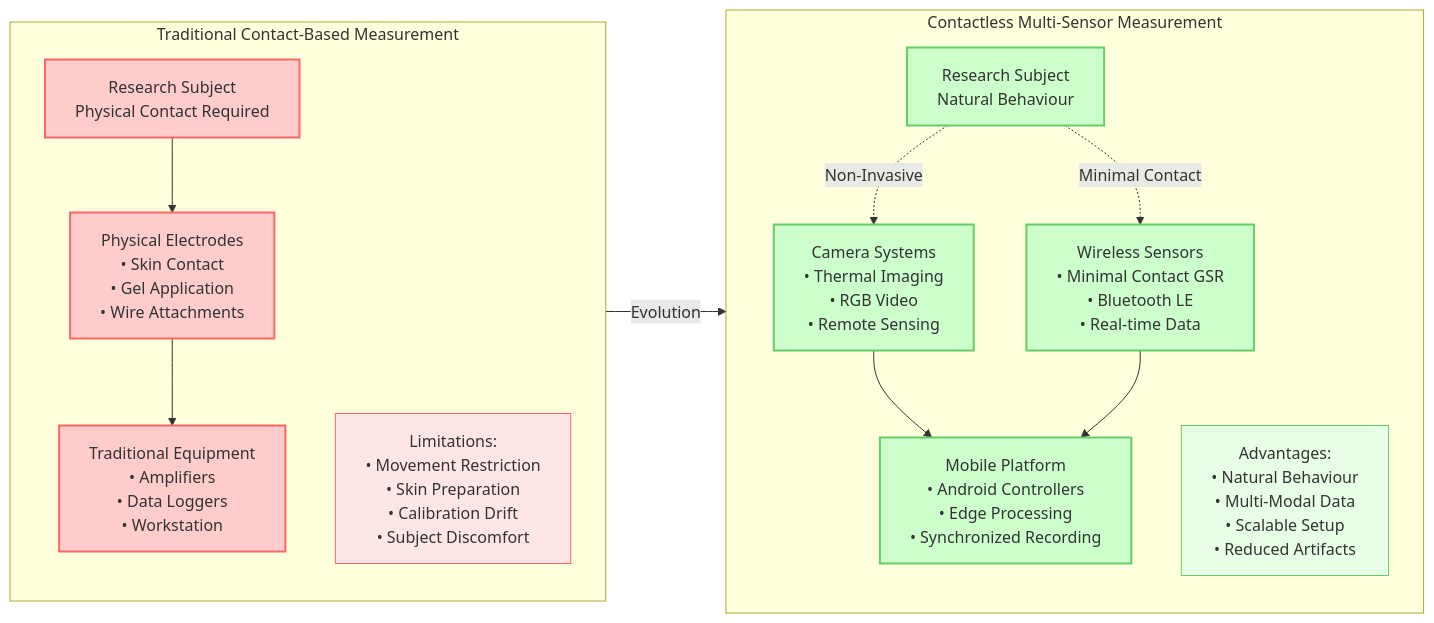
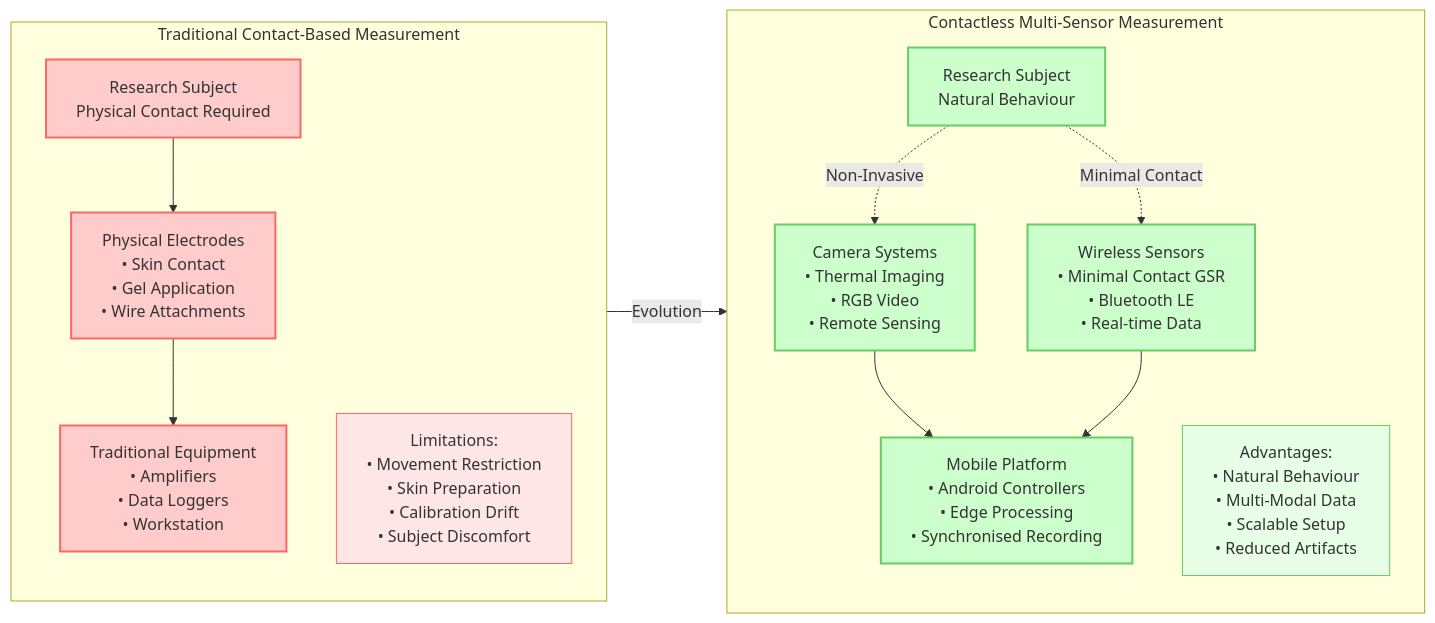
One commit to buccancs/fyp-multi-sensor-recording-system changed the first of 19 diagrams in docs/diagrams/missing_diagrams_generated.md. Above: the diagram before and after it, drawn with Mermaid. The commit also changed other lines of this file and 46 other files, not shown here.

````diff
--- a/docs/diagrams/missing_diagrams_generated.md
+++ b/docs/diagrams/missing_diagrams_generated.md
@@ -9,41 +9,41 @@
 ```mermaid
 graph LR
     subgraph TRADITIONAL ["Traditional Contact-Based Measurement"]
         direction TB
         TRAD_SUBJECT["Research Subject<br/>Physical Contact Required"]
         TRAD_ELECTRODES["Physical Electrodes<br/>• Skin Contact<br/>• Gel Application<br/>• Wire Attachments"]
         TRAD_EQUIPMENT["Traditional Equipment<br/>• Amplifiers<br/>• Data Loggers<br/>• Workstation"]
         
         TRAD_SUBJECT --> TRAD_ELECTRODES
         TRAD_ELECTRODES --> TRAD_EQUIPMENT
         
         TRAD_LIMITATIONS["Limitations:<br/>• Movement Restriction<br/>• Skin Preparation<br/>• Calibration Drift<br/>• Subject Discomfort"]
     end
     
     subgraph CONTACTLESS ["Contactless Multi-Sensor Measurement"]
         direction TB
         CONT_SUBJECT["Research Subject<br/>Natural Behaviour"]
         CONT_CAMERAS["Camera Systems<br/>• Thermal Imaging<br/>• RGB Video<br/>• Remote Sensing"]
         CONT_WIRELESS["Wireless Sensors<br/>• Minimal Contact GSR<br/>• Bluetooth LE<br/>• Real-time Data"]
-        CONT_MOBILE["Mobile Platform<br/>• Android Controllers<br/>• Edge Processing<br/>• Synchronized Recording"]
+        CONT_MOBILE["Mobile Platform<br/>• Android Controllers<br/>• Edge Processing<br/>• Synchronised Recording"]
         
         CONT_SUBJECT -.->|Non-Invasive| CONT_CAMERAS
         CONT_SUBJECT -.->|Minimal Contact| CONT_WIRELESS
         CONT_CAMERAS --> CONT_MOBILE
         CONT_WIRELESS --> CONT_MOBILE
         
         CONT_ADVANTAGES["Advantages:<br/>• Natural Behaviour<br/>• Multi-Modal Data<br/>• Scalable Setup<br/>• Reduced Artifacts"]
     end
     
     TRADITIONAL --> |Evolution| CONTACTLESS
     
     classDef traditional fill:#ffcccc,stroke:#ff6666,stroke-width:2px
     classDef contactless fill:#ccffcc,stroke:#66cc66,stroke-width:2px
     classDef advantages fill:#e6ffe6,stroke:#66cc66,stroke-width:1px
     classDef limitations fill:#ffe6e6,stroke:#ff6666,stroke-width:1px
     
     class TRAD_SUBJECT,TRAD_ELECTRODES,TRAD_EQUIPMENT traditional
     class CONT_SUBJECT,CONT_CAMERAS,CONT_WIRELESS,CONT_MOBILE contactless
     class CONT_ADVANTAGES advantages
     class TRAD_LIMITATIONS limitations
 ```
````
